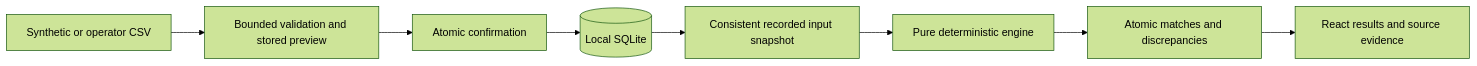
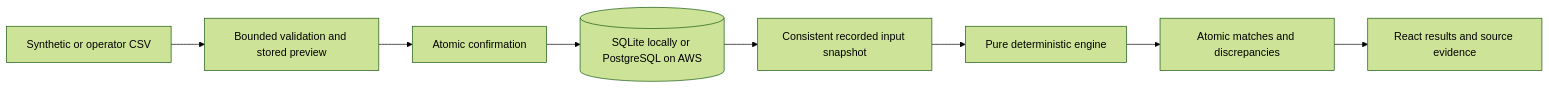
One commit to joelanarba/reconcileos changed the diagram in docs/architecture.md. Above: the diagram before and after it, drawn with Mermaid (forest theme). The commit also changed other lines of this file and 22 other files, not shown here.

````diff
--- a/docs/architecture.md
+++ b/docs/architecture.md
@@ -7,10 +7,10 @@
 ```mermaid
 flowchart LR
     CSV[Synthetic or operator CSV] --> Preview[Bounded validation and stored preview]
     Preview --> Confirm[Atomic confirmation]
-    Confirm --> DB[(Local SQLite)]
+    Confirm --> DB[(SQLite locally or PostgreSQL on AWS)]
     DB --> Snapshot[Consistent recorded input snapshot]
     Snapshot --> Engine[Pure deterministic engine]
     Engine --> Results[Atomic matches and discrepancies]
     Results --> Browser[React results and source evidence]
 ```
````
